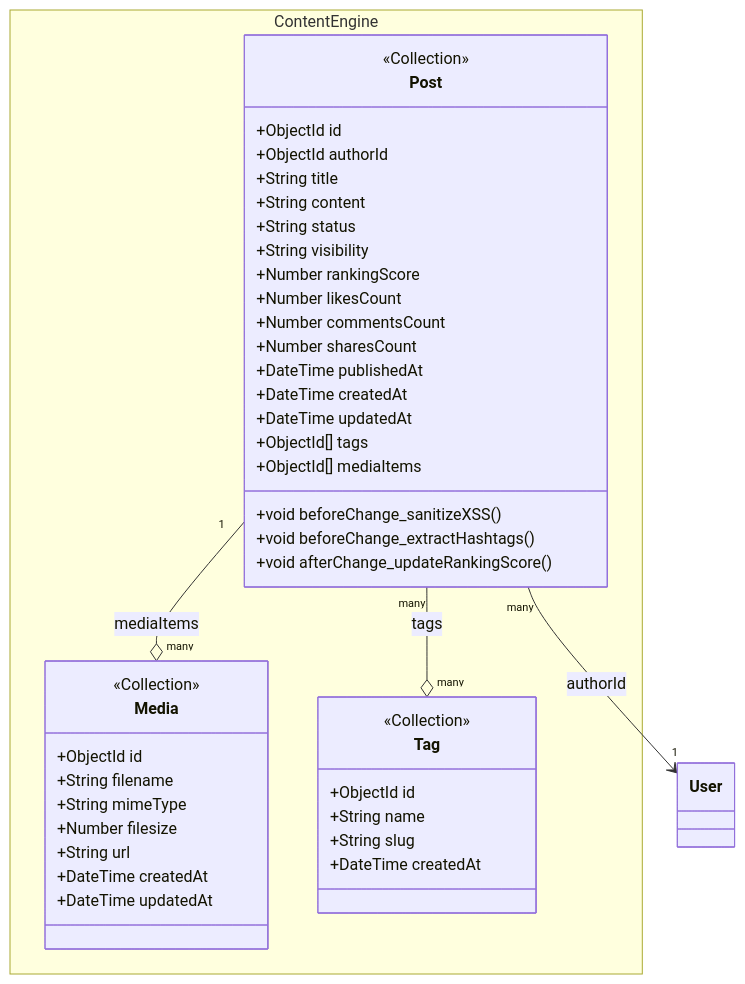
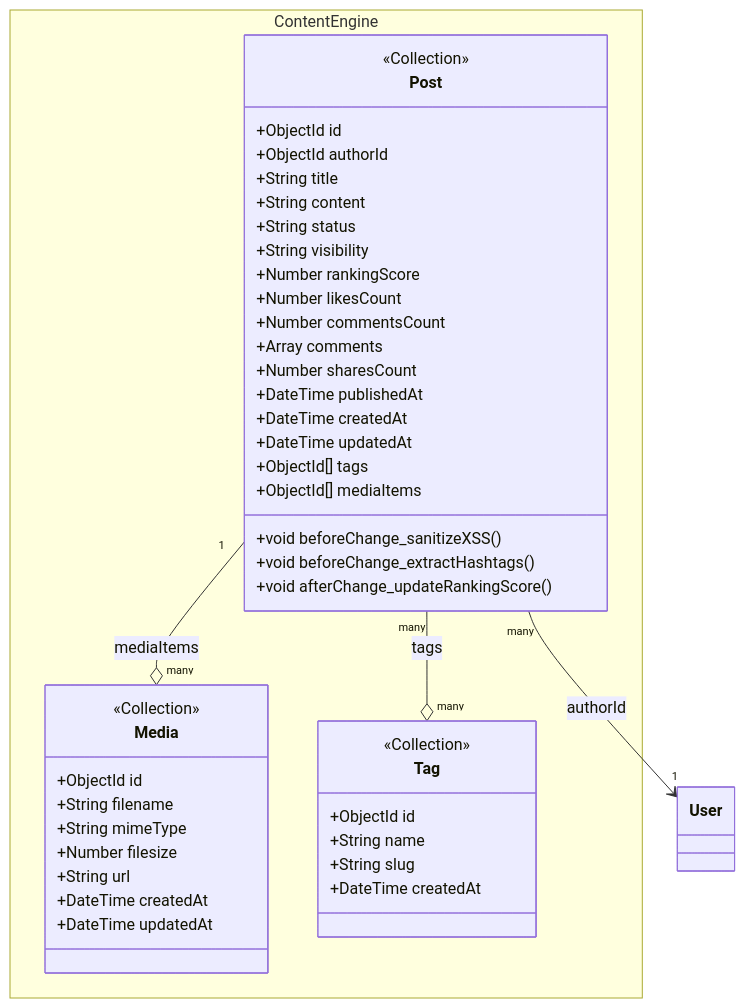
Before and after one commit to vuthuonghai-steve/KLTN-By_Thuong_Hai-Steve: the diagram in Docs/life-2/diagrams/class-diagrams/m2-content-engine/class-m2-content-engine.md, drawn with Mermaid. The commit also changed other lines of this file and 17 other files, not shown here.

Commit message:
feat: update class diagram YAMLs with refined entity fields and source tracking, and regenerate associated documentation files.

````diff
--- a/Docs/life-2/diagrams/class-diagrams/m2-content-engine/class-m2-content-engine.md
+++ b/Docs/life-2/diagrams/class-diagrams/m2-content-engine/class-m2-content-engine.md
@@ -13,52 +13,53 @@
 ```mermaid
 classDiagram
     namespace ContentEngine {
 
         class Post {
             <<Collection>>
             +ObjectId id
             +ObjectId authorId
             +String title
             +String content
             +String status
             +String visibility
             +Number rankingScore
             +Number likesCount
             +Number commentsCount
+            +Array comments
             +Number sharesCount
             +DateTime publishedAt
             +DateTime createdAt
             +DateTime updatedAt
             +ObjectId[] tags
             +ObjectId[] mediaItems
             +void beforeChange_sanitizeXSS()
             +void beforeChange_extractHashtags()
             +void afterChange_updateRankingScore()
         }
 
         class Media {
             <<Collection>>
             +ObjectId id
             +String filename
             +String mimeType
             +Number filesize
             +String url
             +DateTime createdAt
             +DateTime updatedAt
         }
 
         class Tag {
             <<Collection>>
             +ObjectId id
             +String name
             +String slug
             +DateTime createdAt
         }
 
     }
 
     %% Relationships
     Post "1" --o "many" Media : mediaItems
     Post "many" --o "many" Tag : tags
     Post "many" --> "1" User : authorId
 ```
````
